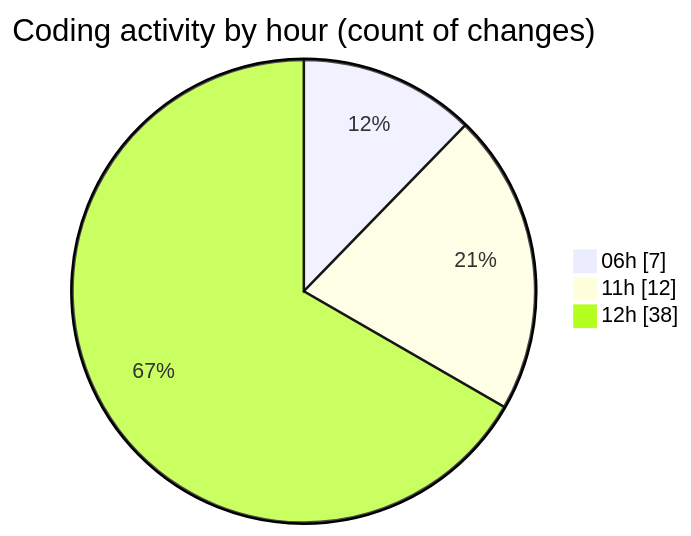
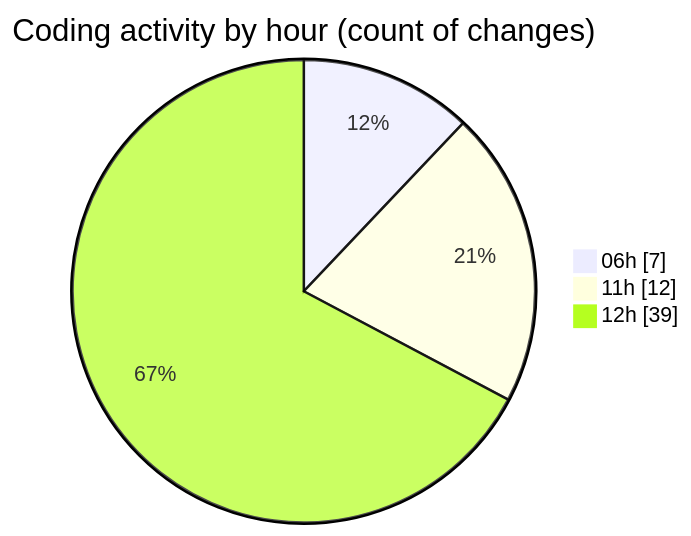
Before and after one commit to EIIisD/code-tracking: the second of 2 diagrams in 2025-07-14/ribbon/README.md, drawn with Mermaid. The commit also changed other lines of this file and 1 other file, not shown here.

````diff
--- a/2025-07-14/ribbon/README.md
+++ b/2025-07-14/ribbon/README.md
@@ -50,7 +50,7 @@
 ```mermaid
 pie showData
 title Coding activity by hour (count of changes)
 "06h" : 7
 "11h" : 12
-"12h" : 38
+"12h" : 39
 ```
````
